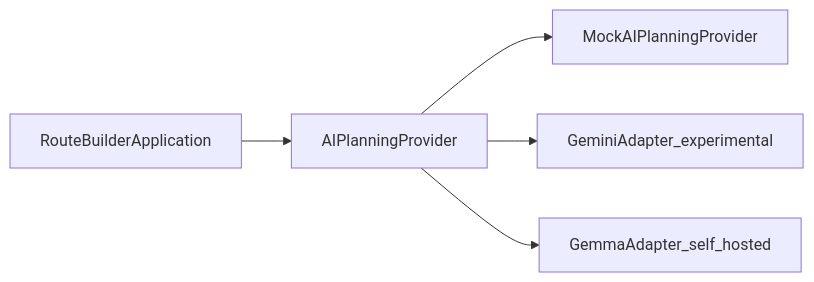
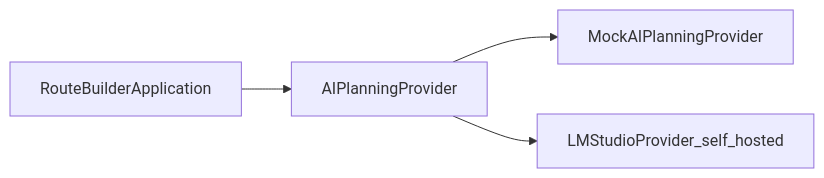
Before and after one commit to xotabeach/tourism-platform: the fifth of 5 diagrams in docs/ai-route-planning-architecture.md, drawn with Mermaid. The commit also changed other lines of this file and 22 other files, not shown here.

````diff
--- a/docs/ai-route-planning-architecture.md
+++ b/docs/ai-route-planning-architecture.md
@@ -403,13 +434,11 @@
 ```mermaid
 flowchart LR
   app[RouteBuilderApplication]
   port[AIPlanningProvider]
-  gemini[GeminiAdapter_experimental]
-  gemma[GemmaAdapter_self_hosted]
+  lmstudio[LMStudioProvider_self_hosted]
   mock[MockAIPlanningProvider]
 
   app --> port
   port --> mock
-  port --> gemini
-  port --> gemma
+  port --> lmstudio
 ```
````
